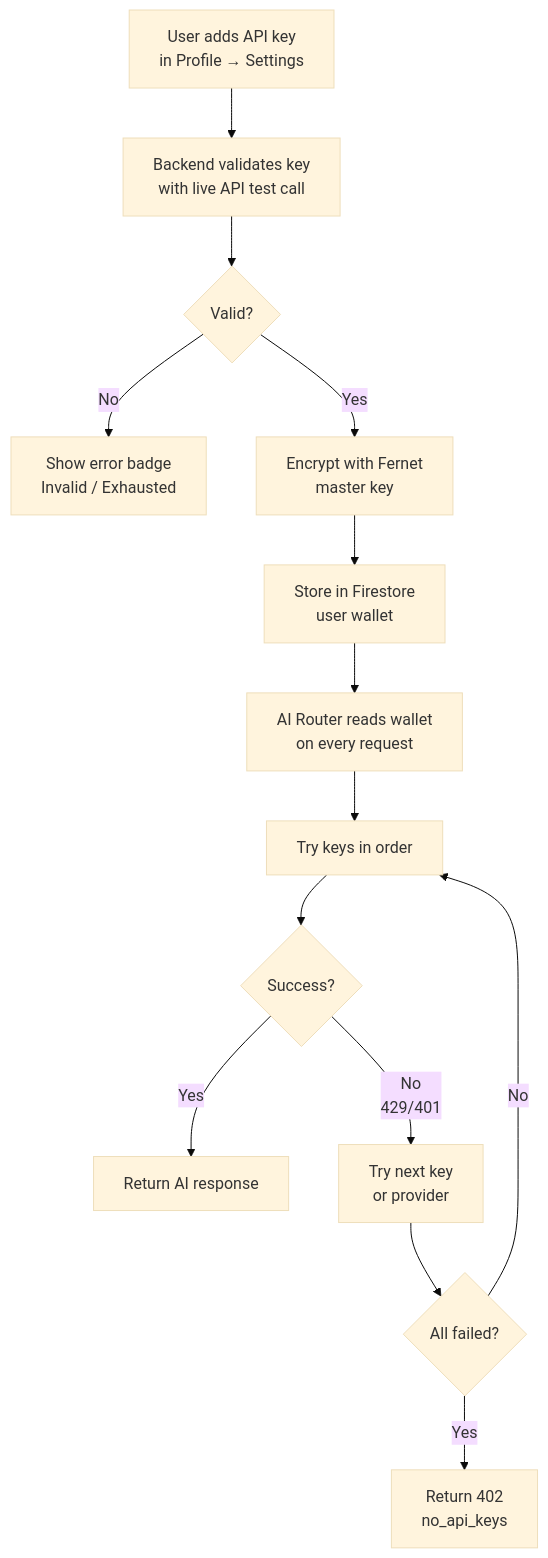
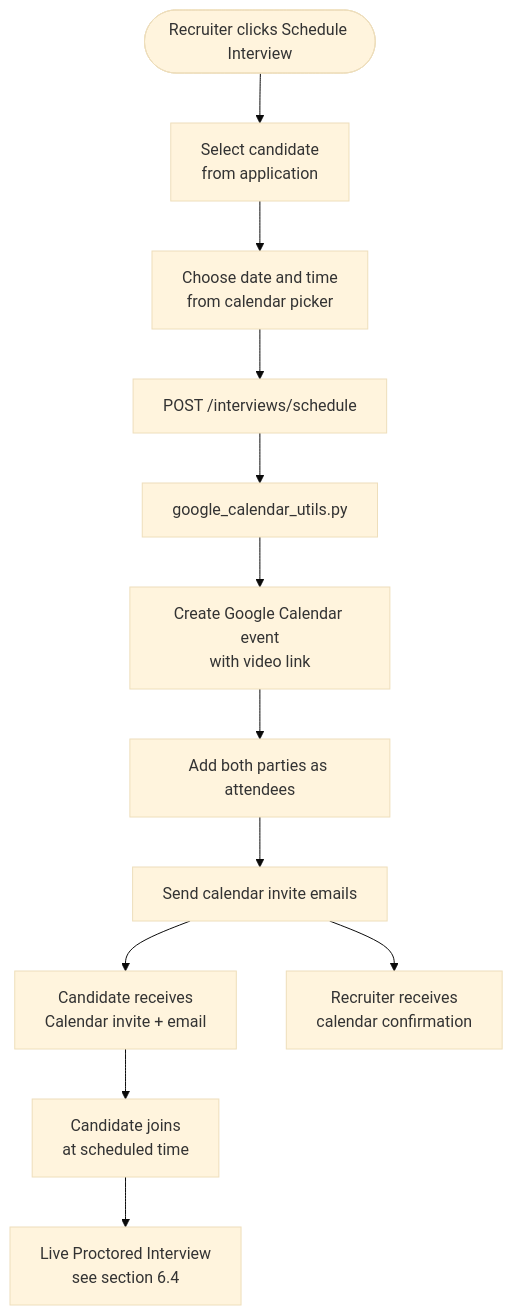
Diagram 17 of 21 in README.md (Sree8778/CareerCraft), drawn with Mermaid (base theme) before and after one commit. The commit also changed other lines of this file, not shown here.

First line of the commit message:
docs: expand README with detailed workflows, API reference, and architecture diagrams

````diff
--- a/README.md
+++ b/README.md
@@ -309,16 +673,17 @@
 ```mermaid
 flowchart TD
-    User[User adds API key\nin Profile → Settings] --> Validate[Backend validates key\nwith live API test call]
-    Validate --> Pass{Valid?}
-    Pass -- No --> Error[Show error badge\nInvalid / Exhausted]
-    Pass -- Yes --> Encrypt[Encrypt with Fernet\nmaster key]
-    Encrypt --> Store[Store in Firestore\nuser wallet]
-    Store --> Router[AI Router reads wallet\non every request]
-    Router --> Try[Try keys in order]
-    Try --> Success{Success?}
-    Success -- Yes --> Return[Return AI response]
-    Success -- No\n429/401 --> Next[Try next key\nor provider]
-    Next --> Exhausted{All failed?}
-    Exhausted -- Yes --> 402[Return 402\nno_api_keys]
-    Exhausted -- No --> Try
+    A([Recruiter clicks Schedule Interview]) --> B[Select candidate\nfrom application]
+    B --> C[Choose date and time\nfrom calendar picker]
+    C --> D[POST /interviews/schedule]
+
+    D --> E[google_calendar_utils.py]
+    E --> F[Create Google Calendar event\nwith video link]
+    F --> G[Add both parties as attendees]
+    G --> H[Send calendar invite emails]
+
+    H --> I[Candidate receives\nCalendar invite + email]
+    H --> J[Recruiter receives\ncalendar confirmation]
+
+    I --> K[Candidate joins\nat scheduled time]
+    K --> L[Live Proctored Interview\nsee section 6.4]
 ```
````
